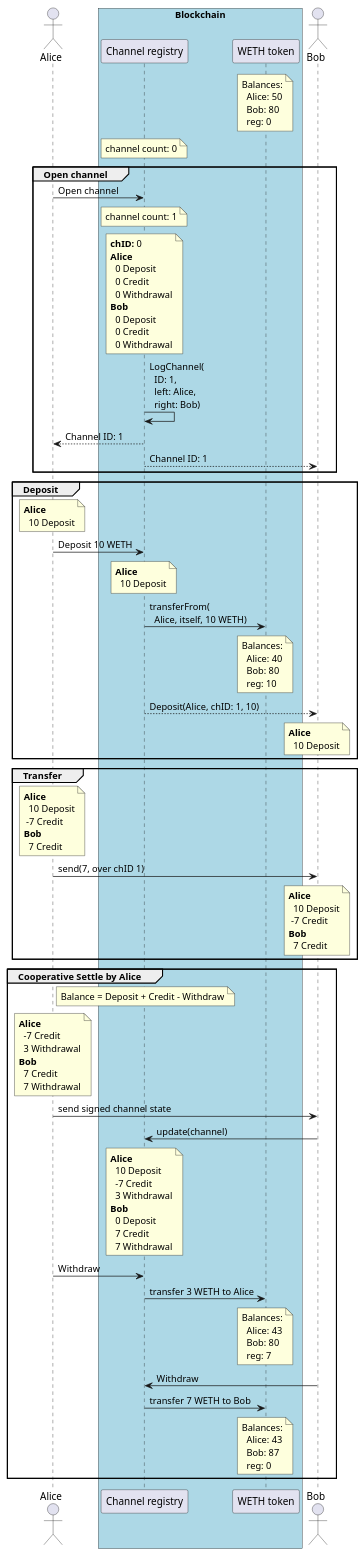
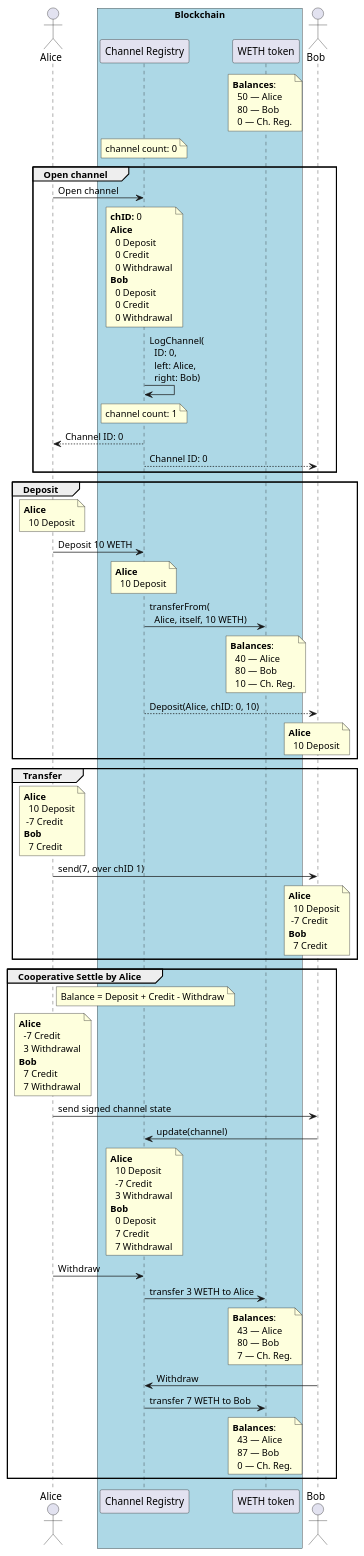
Before and after one commit to enumatech/cljs-abi-viewer: the diagram in src/state_channel/unconditional-payment.puml, drawn with PlantUML. The commit also changed 3 other files, not shown here.

```diff
--- a/src/state_channel/unconditional-payment.puml
+++ b/src/state_channel/unconditional-payment.puml
@@ -1,55 +1,55 @@
 @startuml
 actor Alice as A
 
 box "Blockchain" #lightblue
-    participant "Channel registry" as reg
+    participant "Channel Registry" as reg
     participant "WETH token" as weth
 end box
 
 actor Bob as B
 
-note over weth: Balances:\n  Alice: 50\n  Bob: 80\n  reg: 0
+note over weth: **Balances**:\n  50 — Alice\n  80 — Bob\n  0 — Ch. Reg.
 note over reg: channel count: 0
 
 group Open channel
     A -> reg: Open channel
+    note over reg: **chID:** 0\n**Alice**\n  0 Deposit\n  0 Credit\n  0 Withdrawal\n**Bob**\n  0 Deposit\n  0 Credit\n  0 Withdrawal
+    reg -> reg: LogChannel(\n  ID: 0,\n  left: Alice,\n  right: Bob)
     note over reg: channel count: 1
-    note over reg: **chID:** 0\n**Alice**\n  0 Deposit\n  0 Credit\n  0 Withdrawal\n**Bob**\n  0 Deposit\n  0 Credit\n  0 Withdrawal
-    reg -> reg: LogChannel(\n  ID: 1,\n  left: Alice,\n  right: Bob)
-    reg --> A: Channel ID: 1
-    reg --> B: Channel ID: 1
+    reg --> A: Channel ID: 0
+    reg --> B: Channel ID: 0
 end
 
 group Deposit
     note over A: **Alice**\n  10 Deposit
     A -> reg: Deposit 10 WETH
     note over reg: **Alice**\n  10 Deposit
     reg -> weth: transferFrom(\n  Alice, itself, 10 WETH)
-    note over weth: Balances:\n  Alice: 40\n  Bob: 80\n  reg: 10
-    reg --> B: Deposit(Alice, chID: 1, 10)
+    note over weth: **Balances**:\n  40 — Alice\n  80 — Bob\n  10 — Ch. Reg.
+    reg --> B: Deposit(Alice, chID: 0, 10)
     note over B: **Alice**\n  10 Deposit
 end
 
 group Transfer
     note over A: **Alice**\n  10 Deposit\n -7 Credit\n**Bob**\n  7 Credit
     A -> B: send(7, over chID 1)
     note over B: **Alice**\n  10 Deposit\n -7 Credit\n**Bob**\n  7 Credit
 end
 
 group Cooperative Settle by Alice
     note right A: Balance = Deposit + Credit - Withdraw
     note over A: **Alice**\n  -7 Credit\n  3 Withdrawal\n**Bob**\n  7 Credit\n  7 Withdrawal
     A -> B: send signed channel state
     B -> reg: update(channel)
     note over reg: **Alice**\n  10 Deposit\n  -7 Credit\n  3 Withdrawal\n**Bob**\n  0 Deposit\n  7 Credit\n  7 Withdrawal
 
     A -> reg: Withdraw
     reg -> weth: transfer 3 WETH to Alice
-    note over weth: Balances:\n  Alice: 43\n  Bob: 80\n  reg: 7
+    note over weth: **Balances**:\n  43 — Alice\n  80 — Bob\n  7 — Ch. Reg.
 
     B -> reg: Withdraw
     reg -> weth: transfer 7 WETH to Bob
-    note over weth: Balances:\n  Alice: 43\n  Bob: 87\n  reg: 0
+    note over weth: **Balances**:\n  43 — Alice\n  87 — Bob\n  0 — Ch. Reg.
 end
 
 @enduml
```
